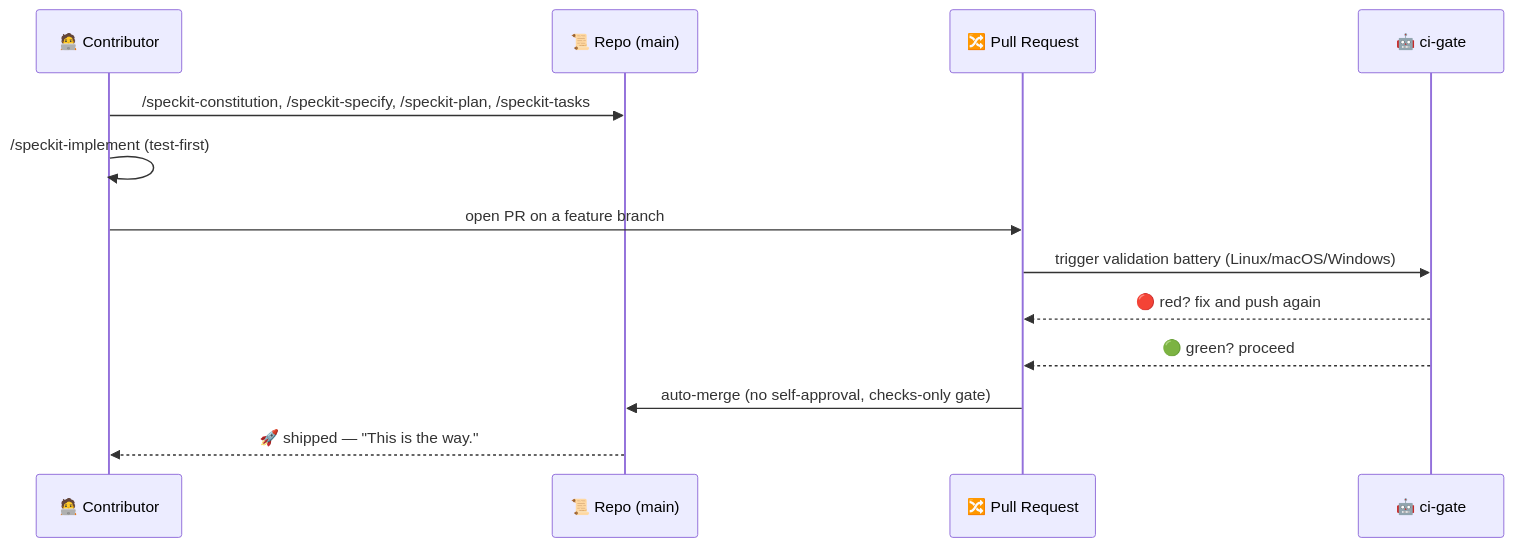
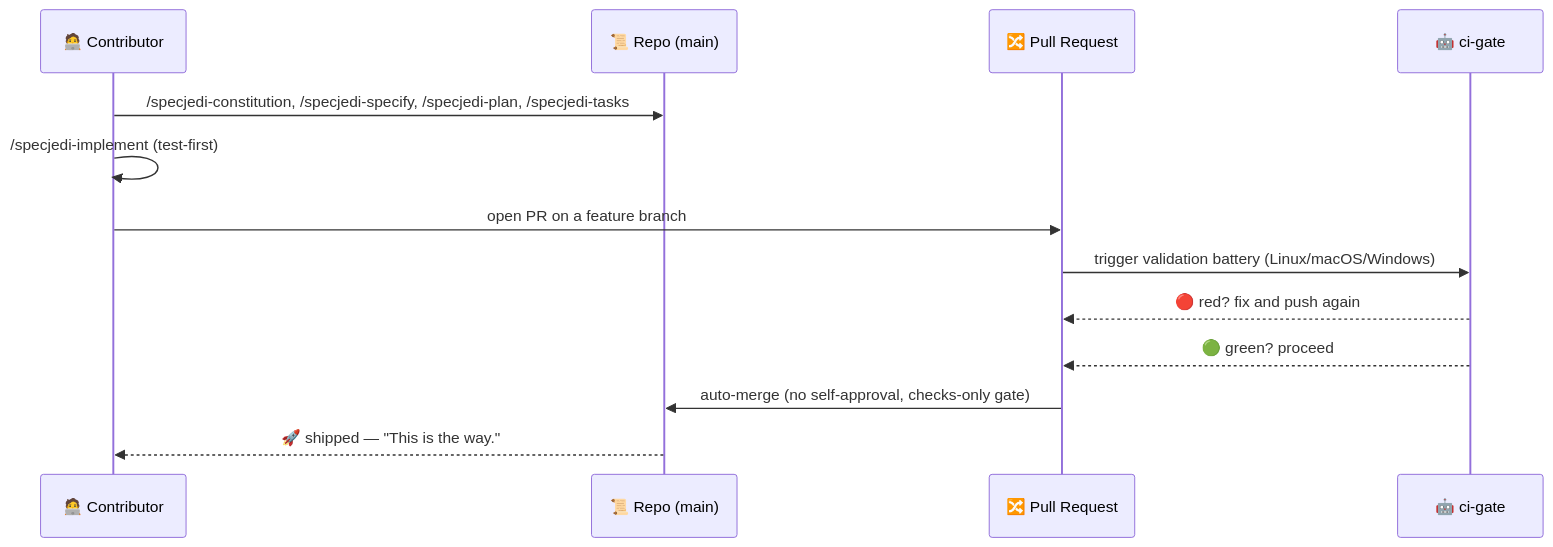
The second of 2 diagrams in README.md (jonyfs/spec-jedi), drawn with Mermaid before and after one commit. The commit also changed other lines of this file and 34 other files, not shown here.

First line of the commit message:
feat: retire speckit-* bootstrap tooling, complete internal migration to specjedi-* (#140)

````diff
--- a/README.md
+++ b/README.md
@@ -233,15 +233,15 @@
 ```mermaid
 sequenceDiagram
     participant Dev as 🧑‍💻 Contributor
     participant Repo as 📜 Repo (main)
     participant PR as 🔀 Pull Request
     participant CI as 🤖 ci-gate
-    Dev->>Repo: /speckit-constitution, /speckit-specify, /speckit-plan, /speckit-tasks
-    Dev->>Dev: /speckit-implement (test-first)
+    Dev->>Repo: /specjedi-constitution, /specjedi-specify, /specjedi-plan, /specjedi-tasks
+    Dev->>Dev: /specjedi-implement (test-first)
     Dev->>PR: open PR on a feature branch
     PR->>CI: trigger validation battery (Linux/macOS/Windows)
     CI-->>PR: 🔴 red? fix and push again
     CI-->>PR: 🟢 green? proceed
     PR->>Repo: auto-merge (no self-approval, checks-only gate)
     Repo-->>Dev: 🚀 shipped — "This is the way."
 ```
````
